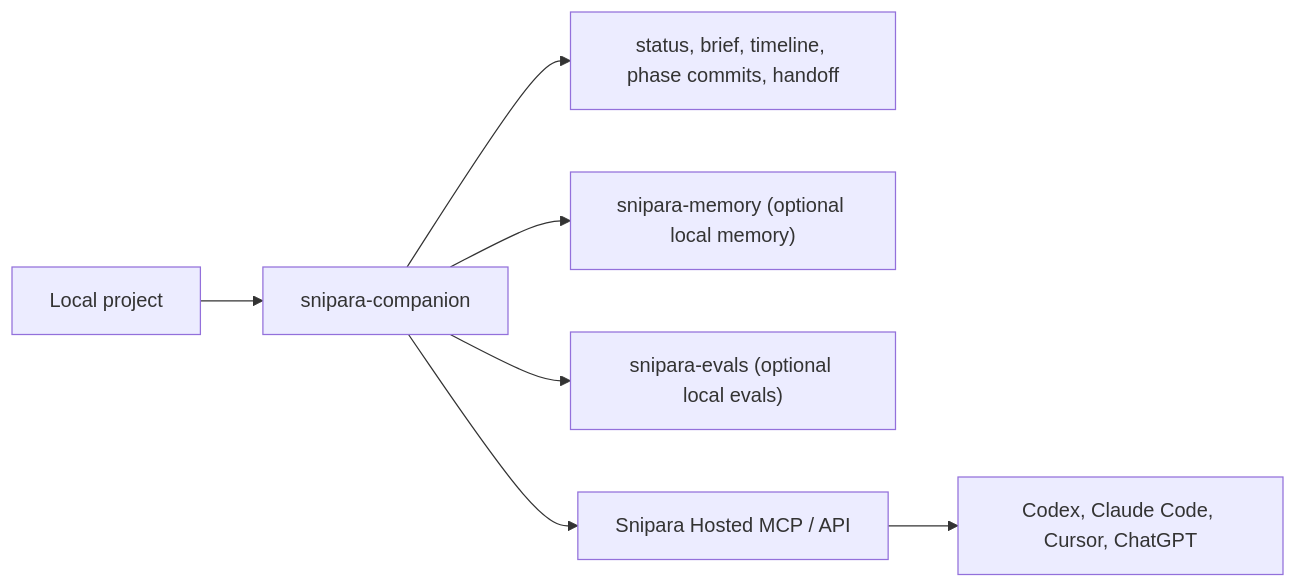
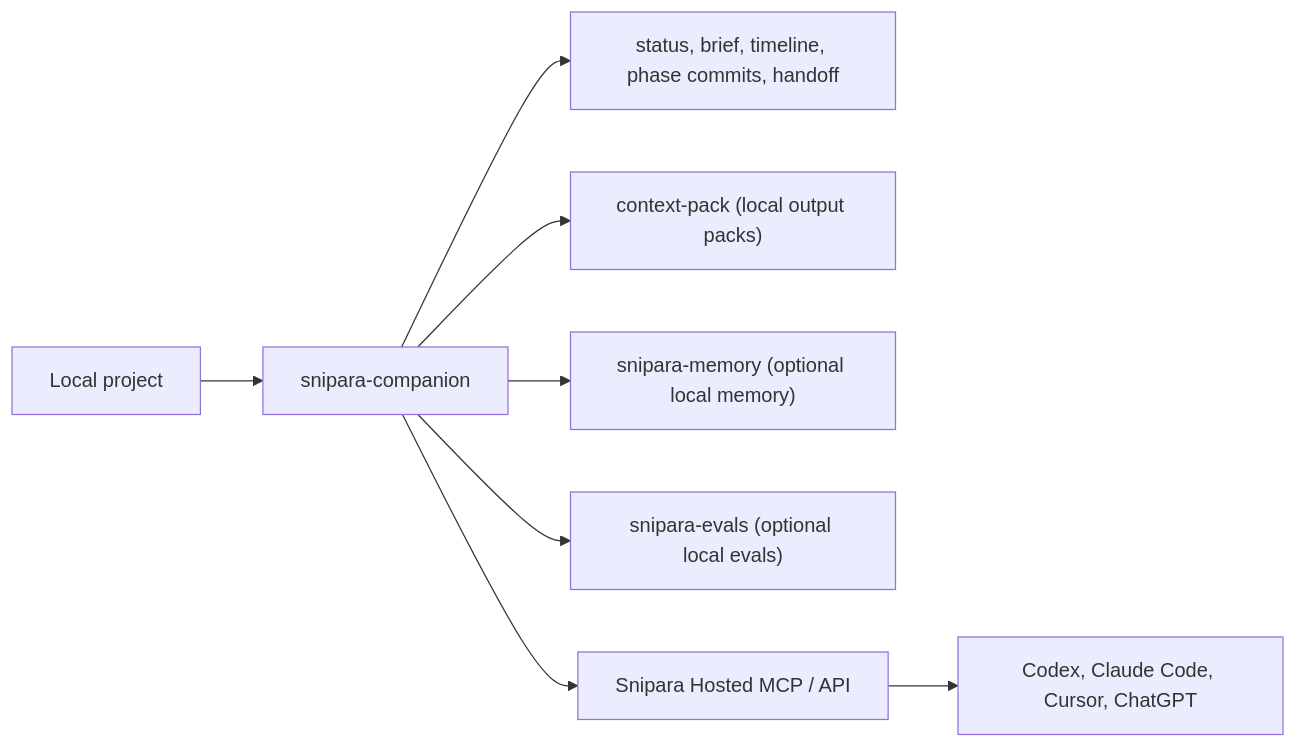
The diagram in README.md (Snipara/snipara-companion), drawn with Mermaid before and after one commit. The commit also changed other lines of this file and 11 other files, not shown here.

Commit message:
feat: add local context pack

````diff
--- a/README.md
+++ b/README.md
@@ -34,9 +75,10 @@
 ```mermaid
 flowchart LR
     Project["Local project"] --> Companion["snipara-companion"]
     Companion --> Diagnostics["status, brief, timeline, phase commits, handoff"]
+    Companion --> Packs["context-pack (local output packs)"]
     Companion --> Memory["snipara-memory (optional local memory)"]
     Companion --> Evals["snipara-evals (optional local evals)"]
     Companion --> Hosted["Snipara Hosted MCP / API"]
     Hosted --> Agents["Codex, Claude Code, Cursor, ChatGPT"]
 ```
````
